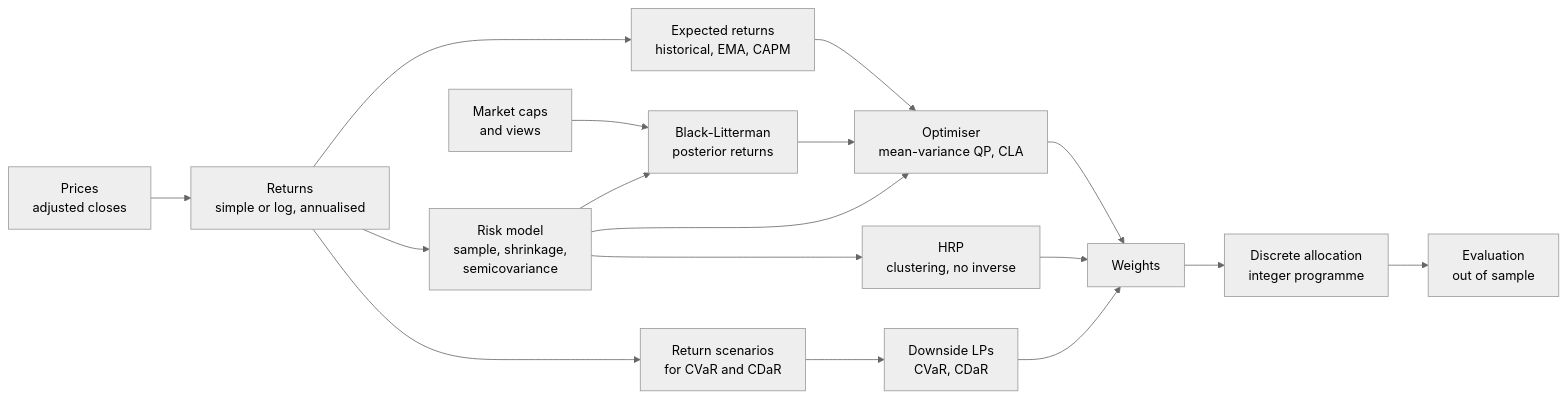
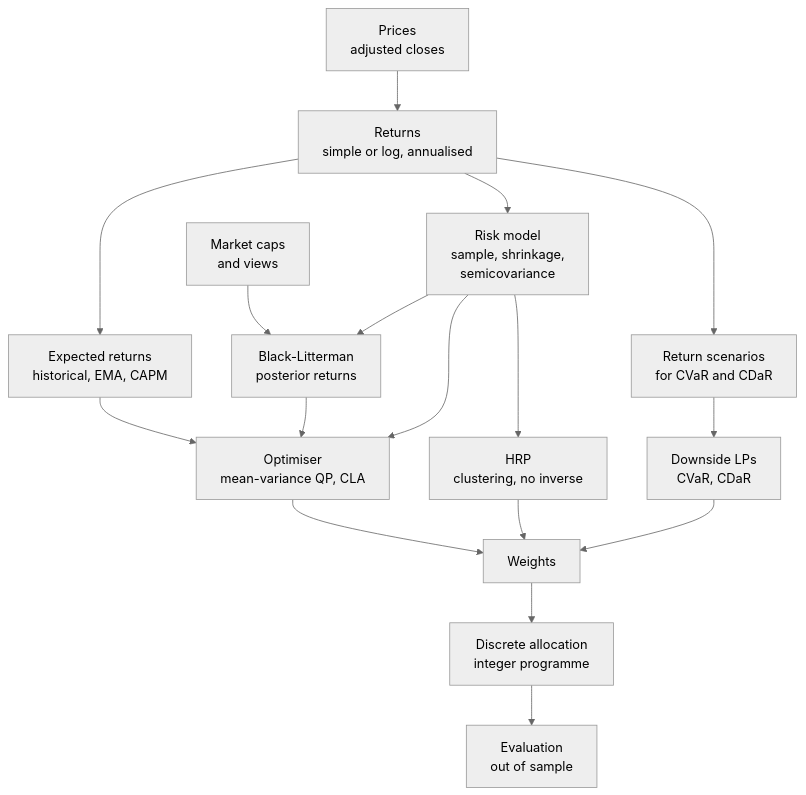
The first of 3 diagrams in _posts/2026-11-18-portfolio-optimization-concepts-markowitz-black-litterman.md (rya-sge/access-denied), drawn with Mermaid (neutral theme) before and after one commit. The commit also changed other lines of this file and 57 other files, not shown here.

````diff
--- a/_posts/2026-11-18-portfolio-optimization-concepts-markowitz-black-litterman.md
+++ b/_posts/2026-11-18-portfolio-optimization-concepts-markowitz-black-litterman.md
@@ -37,19 +37,19 @@
 ```mermaid
-flowchart LR
+flowchart TD
     D["Prices<br/>adjusted closes"] --> R["Returns<br/>simple or log, annualised"]
     R --> MU["Expected returns<br/>historical, EMA, CAPM"]
     R --> COV["Risk model<br/>sample, shrinkage,<br/>semicovariance"]
     R --> SC["Return scenarios<br/>for CVaR and CDaR"]
     MKT["Market caps<br/>and views"] --> BL["Black-Litterman<br/>posterior returns"]
     COV --> BL
     BL --> OPT
     MU --> OPT["Optimiser<br/>mean-variance QP, CLA"]
     COV --> OPT
     COV --> HRP["HRP<br/>clustering, no inverse"]
     SC --> DR["Downside LPs<br/>CVaR, CDaR"]
     OPT --> W["Weights"]
     HRP --> W
     DR --> W
     W --> DA["Discrete allocation<br/>integer programme"]
     DA --> EV["Evaluation<br/>out of sample"]
 ```
````
